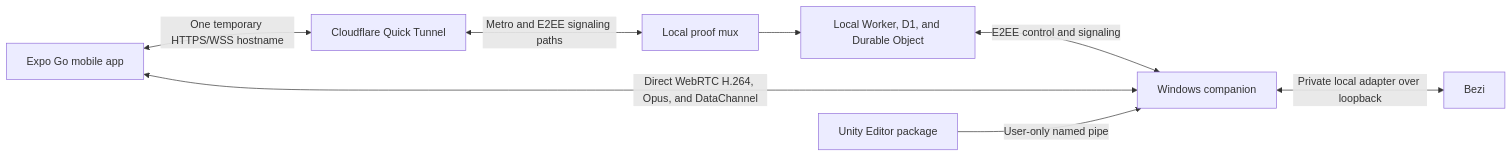
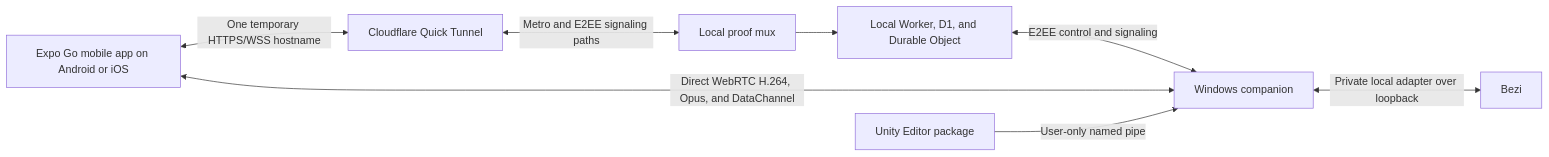
Before and after one commit to NitroStacker/Bezi-Buddy: the diagram in docs/architecture.md, drawn with Mermaid. The commit also changed 41 other files, not shown here.

````diff
--- a/docs/architecture.md
+++ b/docs/architecture.md
@@ -27,10 +27,10 @@
 ```mermaid
 flowchart LR
-  M["Expo Go mobile app"] <-->|"One temporary HTTPS/WSS hostname"| Q["Cloudflare Quick Tunnel"]
+  M["Expo Go mobile app on Android or iOS"] <-->|"One temporary HTTPS/WSS hostname"| Q["Cloudflare Quick Tunnel"]
   Q <-->|"Metro and E2EE signaling paths"| X["Local proof mux"]
   X --> R["Local Worker, D1, and Durable Object"]
   R <-->|"E2EE control and signaling"| H["Windows companion"]
   M <-->|"Direct WebRTC H.264, Opus, and DataChannel"| H
   H <-->|"Private local adapter over loopback"| B["Bezi"]
   U["Unity Editor package"] -->|"User-only named pipe"| H
 ```
````
